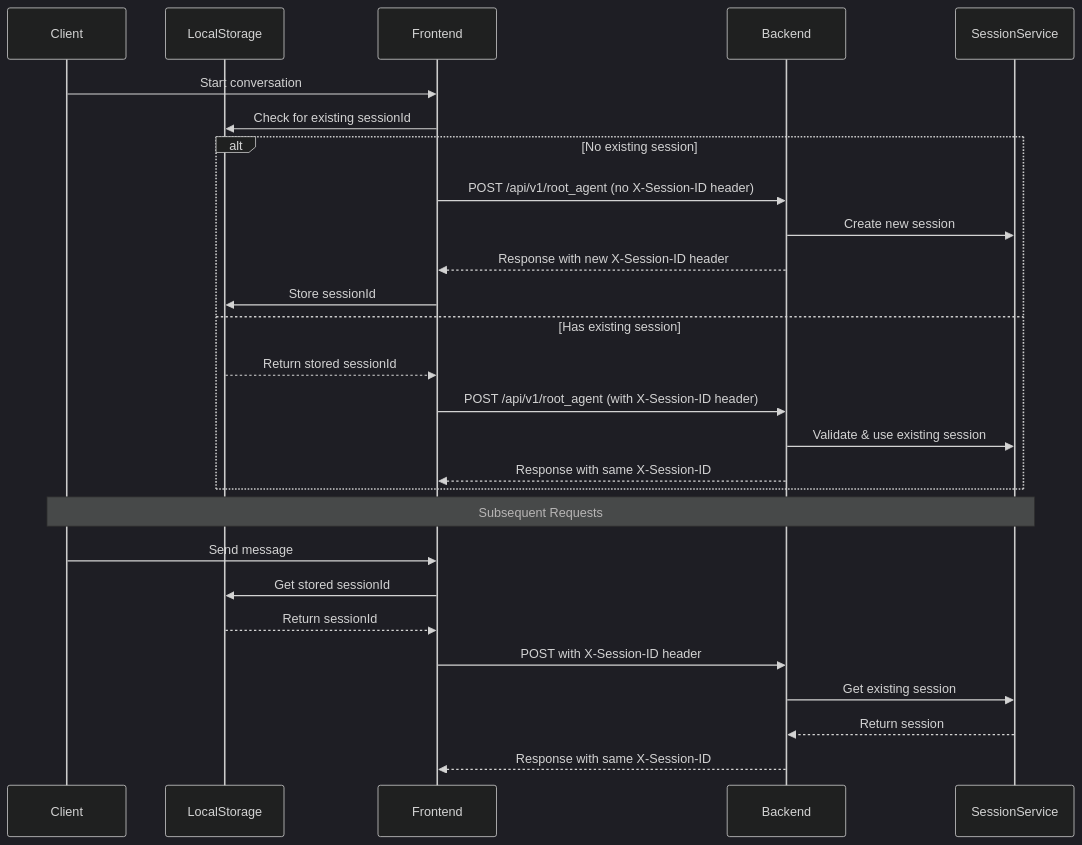
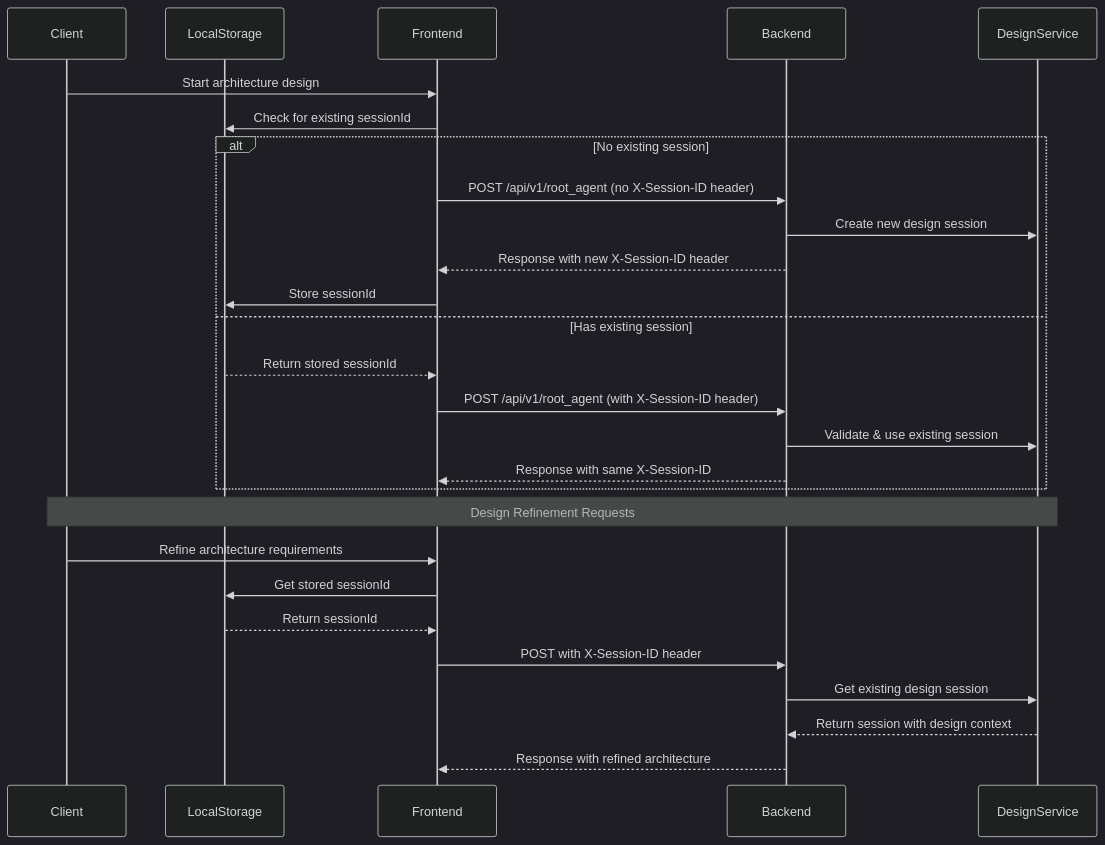
The third of 4 diagrams in README.md (justmeloic/flowgen), drawn with Mermaid (dark theme) before and after one commit. The commit also changed other lines of this file and 10 other files, not shown here.

First line of the commit message:
feat: transform to Architecture Designer

````diff
--- a/README.md
+++ b/README.md
@@ -142,33 +182,33 @@
 ```mermaid
 sequenceDiagram
     participant Client
     participant LocalStorage
     participant Frontend
     participant Backend
-    participant SessionService
+    participant DesignService
 
-    %% Initial Request without Session ID
-    Client->>Frontend: Start conversation
+    %% Initial Design Request without Session ID
+    Client->>Frontend: Start architecture design
     Frontend->>LocalStorage: Check for existing sessionId
     alt No existing session
         Frontend->>Backend: POST /api/v1/root_agent (no X-Session-ID header)
-        Backend->>SessionService: Create new session
+        Backend->>DesignService: Create new design session
         Backend-->>Frontend: Response with new X-Session-ID header
         Frontend->>LocalStorage: Store sessionId
     else Has existing session
         LocalStorage-->>Frontend: Return stored sessionId
         Frontend->>Backend: POST /api/v1/root_agent (with X-Session-ID header)
-        Backend->>SessionService: Validate & use existing session
+        Backend->>DesignService: Validate & use existing session
         Backend-->>Frontend: Response with same X-Session-ID
     end
 
-    %% Subsequent Requests
-    Note over Client,SessionService: Subsequent Requests
-    Client->>Frontend: Send message
+    %% Subsequent Design Iterations
+    Note over Client,DesignService: Design Refinement Requests
+    Client->>Frontend: Refine architecture requirements
     Frontend->>LocalStorage: Get stored sessionId
     LocalStorage-->>Frontend: Return sessionId
     Frontend->>Backend: POST with X-Session-ID header
-    Backend->>SessionService: Get existing session
-    SessionService-->>Backend: Return session
-    Backend-->>Frontend: Response with same X-Session-ID
+    Backend->>DesignService: Get existing design session
+    DesignService-->>Backend: Return session with design context
+    Backend-->>Frontend: Response with refined architecture
 ```
````
